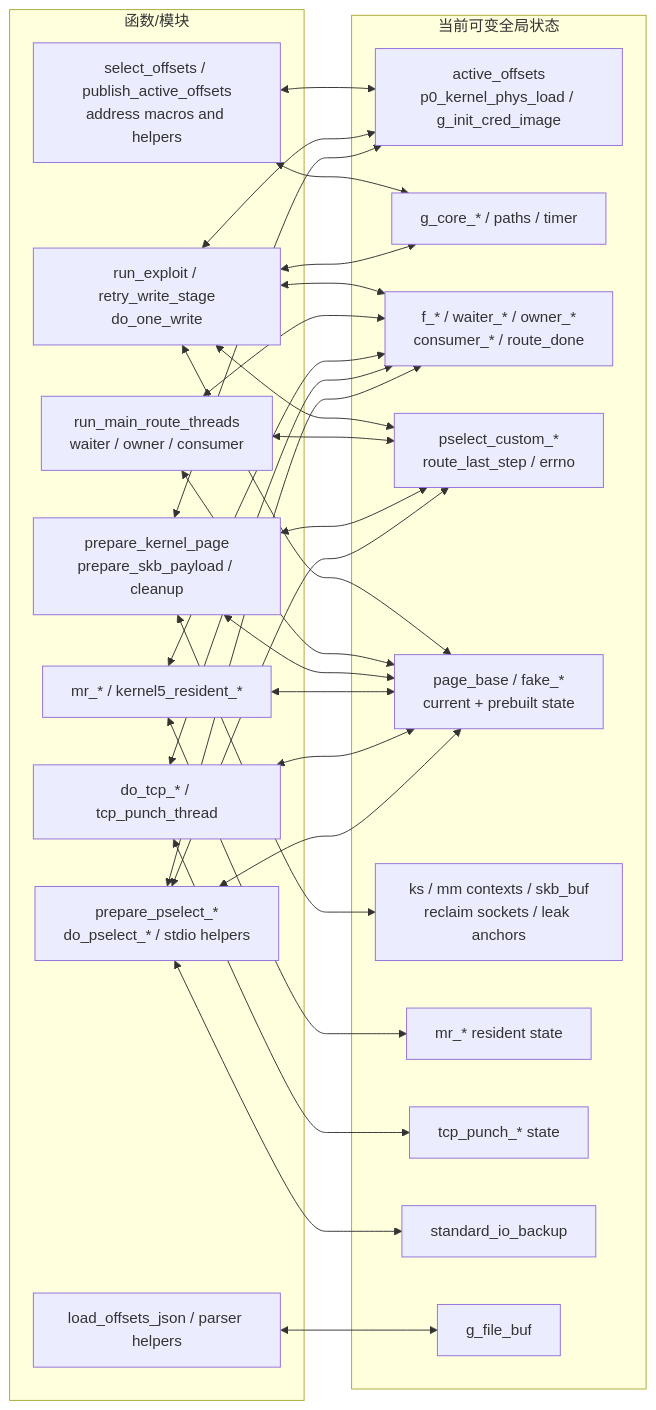
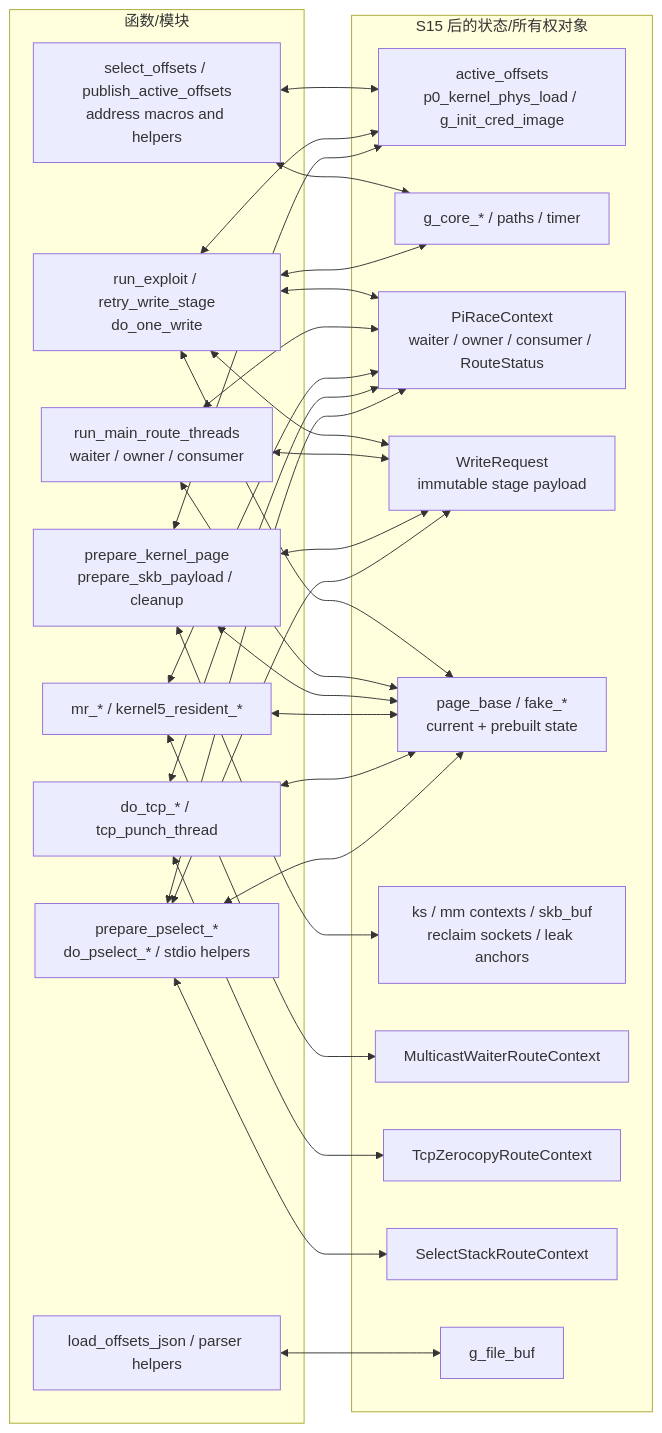
One commit to YuKongA/ghostlock-app changed the fourth of 5 diagrams in analysis/all-functions-callgraph.md. Above: the diagram before and after it, drawn with Mermaid. The commit also changed other lines of this file and 6 other files, not shown here.

````diff
--- a/analysis/all-functions-callgraph.md
+++ b/analysis/all-functions-callgraph.md
@@ -423,52 +429,52 @@
 ```mermaid
 flowchart LR
   subgraph Functions["函数/模块"]
     ProfileFns["select_offsets / publish_active_offsets<br/>address macros and helpers"]
     Controller["run_exploit / retry_write_stage<br/>do_one_write"]
     RaceFns["run_main_route_threads<br/>waiter / owner / consumer"]
     HeapFns["prepare_kernel_page<br/>prepare_skb_payload / cleanup"]
     McastFns["mr_* / kernel5_resident_*"]
     TcpFns["do_tcp_* / tcp_punch_thread"]
     PselectFns["prepare_pselect_*<br/>do_pselect_* / stdio helpers"]
     JsonFns["load_offsets_json / parser helpers"]
   end
 
-  subgraph Globals["当前可变全局状态"]
+  subgraph Globals["S15 后的状态/所有权对象"]
     GProfile["active_offsets<br/>p0_kernel_phys_load / g_init_cred_image"]
     GConfig["g_core_* / paths / timer"]
-    GRace["f_* / waiter_* / owner_*<br/>consumer_* / route_done"]
-    GWrite["pselect_custom_*<br/>route_last_step / errno"]
+    GRace["PiRaceContext<br/>waiter / owner / consumer / RouteStatus"]
+    GWrite["WriteRequest<br/>immutable stage payload"]
     GPage["page_base / fake_*<br/>current + prebuilt state"]
     GHeap["ks / mm contexts / skb_buf<br/>reclaim sockets / leak anchors"]
-    GMcast["mr_* resident state"]
-    GTcp["tcp_punch_* state"]
-    GPselect["standard_io_backup"]
+    GMcast["MulticastWaiterRouteContext"]
+    GTcp["TcpZerocopyRouteContext"]
+    GPselect["SelectStackRouteContext"]
     GJson["g_file_buf"]
   end
 
   ProfileFns <--> GProfile
   ProfileFns <--> GConfig
   Controller <--> GProfile
   Controller <--> GConfig
   Controller <--> GRace
   Controller <--> GWrite
   Controller <--> GPage
   RaceFns <--> GRace
   RaceFns <--> GWrite
   RaceFns <--> GPage
   HeapFns <--> GProfile
   HeapFns <--> GWrite
   HeapFns <--> GPage
   HeapFns <--> GHeap
   McastFns <--> GRace
   McastFns <--> GPage
   McastFns <--> GMcast
   TcpFns <--> GRace
   TcpFns <--> GPage
   TcpFns <--> GTcp
   PselectFns <--> GRace
   PselectFns <--> GWrite
   PselectFns <--> GPage
   PselectFns <--> GPselect
   JsonFns <--> GJson
 ```
````
